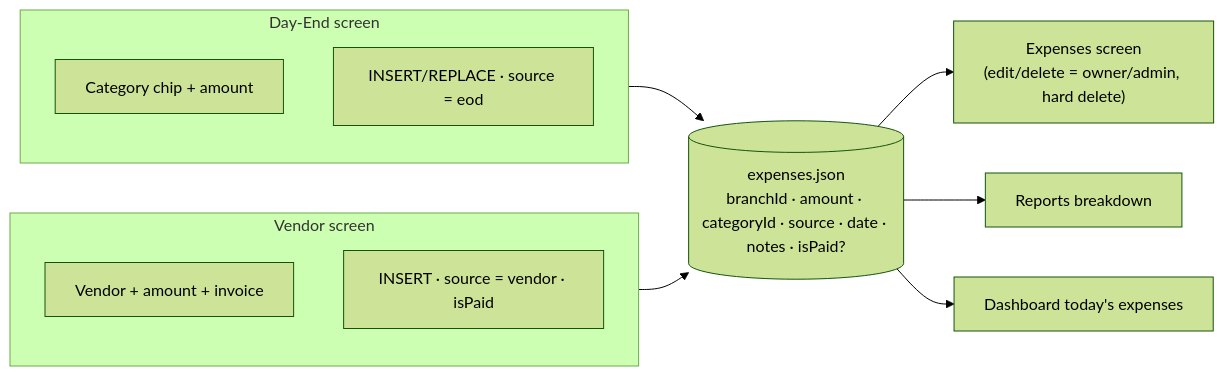
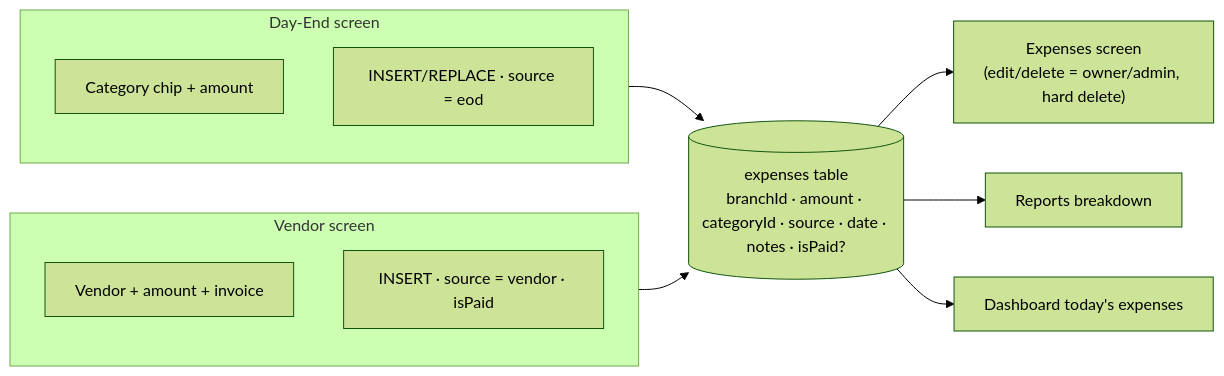
The eighth of 15 diagrams in Documentations/MODULE-MAPS.md (AbhishekS-381/Sree-Vaishnaves-Management), drawn with Mermaid (forest theme) before and after one commit. The commit also changed other lines of this file and 159 other files, not shown here.

````diff
--- a/Documentations/MODULE-MAPS.md
+++ b/Documentations/MODULE-MAPS.md
@@ -199,17 +204,17 @@
 ```mermaid
 flowchart LR
   subgraph EOD_ENTRY["Day-End screen"]
     E1["Category chip + amount"]
     E2["INSERT/REPLACE · source = eod"]
   end
   subgraph VEN_SCREEN["Vendor screen"]
     V1["Vendor + amount + invoice"]
     V2["INSERT · source = vendor · isPaid"]
   end
   EOD_ENTRY --> LEDGER
   VEN_SCREEN --> LEDGER
-  LEDGER[("expenses.json\nbranchId · amount · categoryId · source · date · notes · isPaid?")]
+  LEDGER[("expenses table\nbranchId · amount · categoryId · source · date · notes · isPaid?")]
   LEDGER --> EXPVIEW["Expenses screen\n(edit/delete = owner/admin, hard delete)"]
   LEDGER --> REPORTS["Reports breakdown"]
   LEDGER --> DASH["Dashboard today's expenses"]
 ```
````
